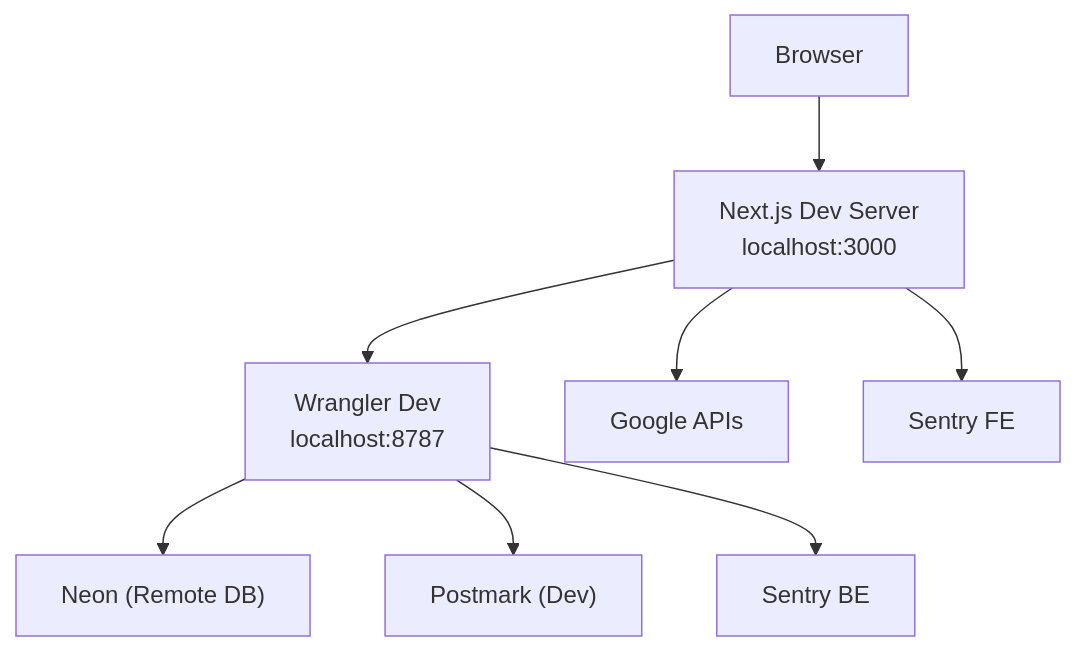
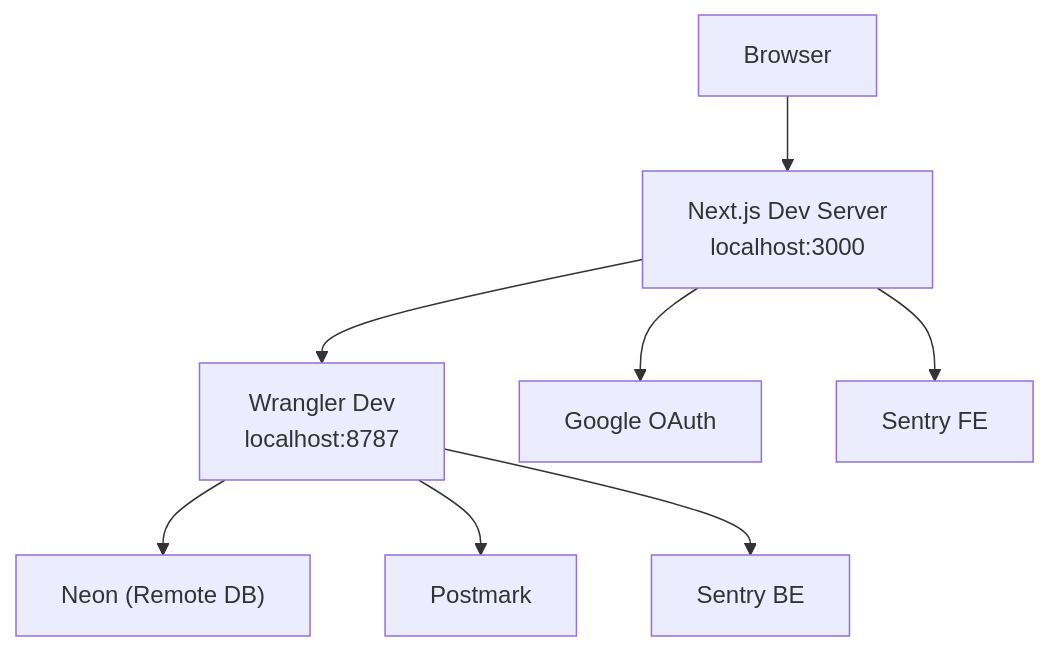
Before and after one commit to RSS705/newchums: the third of 4 diagrams in docs/System_Map.md, drawn with Mermaid. The commit also changed other lines of this file and 3 other files, not shown here.

````diff
--- a/docs/System_Map.md
+++ b/docs/System_Map.md
@@ -189,10 +118,10 @@
 ```mermaid
 flowchart TB
   Browser["Browser"] --> WebLocal["Next.js Dev Server<br/>localhost:3000"]
   WebLocal --> ApiLocal["Wrangler Dev<br/>localhost:8787"]
   ApiLocal --> Neon["Neon (Remote DB)"]
-  ApiLocal --> Postmark["Postmark (Dev)"]
-  WebLocal --> Google["Google APIs"]
+  ApiLocal --> Postmark["Postmark"]
+  WebLocal --> Google["Google OAuth"]
   WebLocal --> SentryFE["Sentry FE"]
   ApiLocal --> SentryBE["Sentry BE"]
 ```
````
